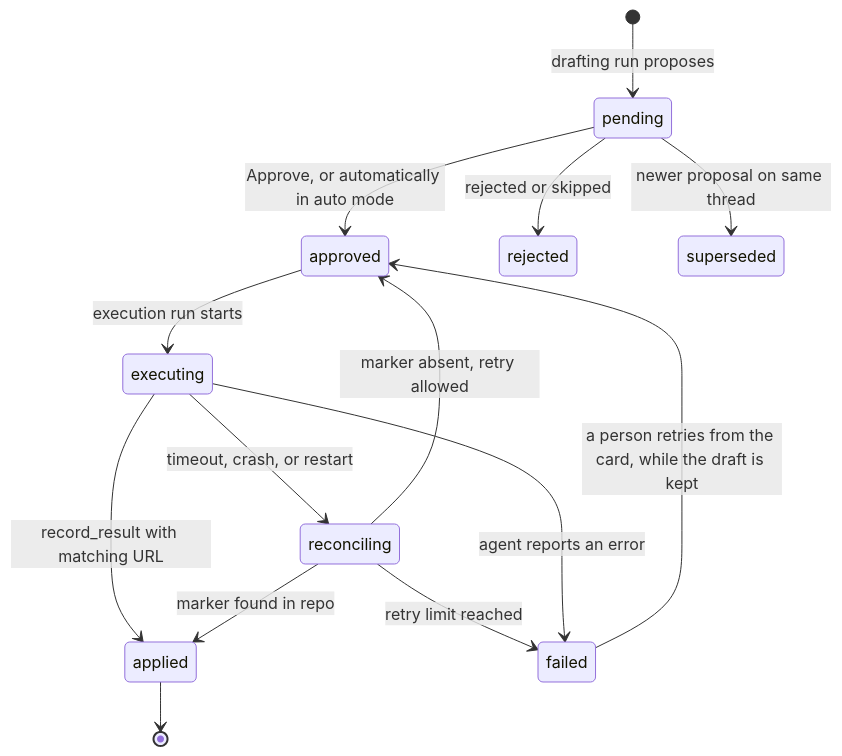
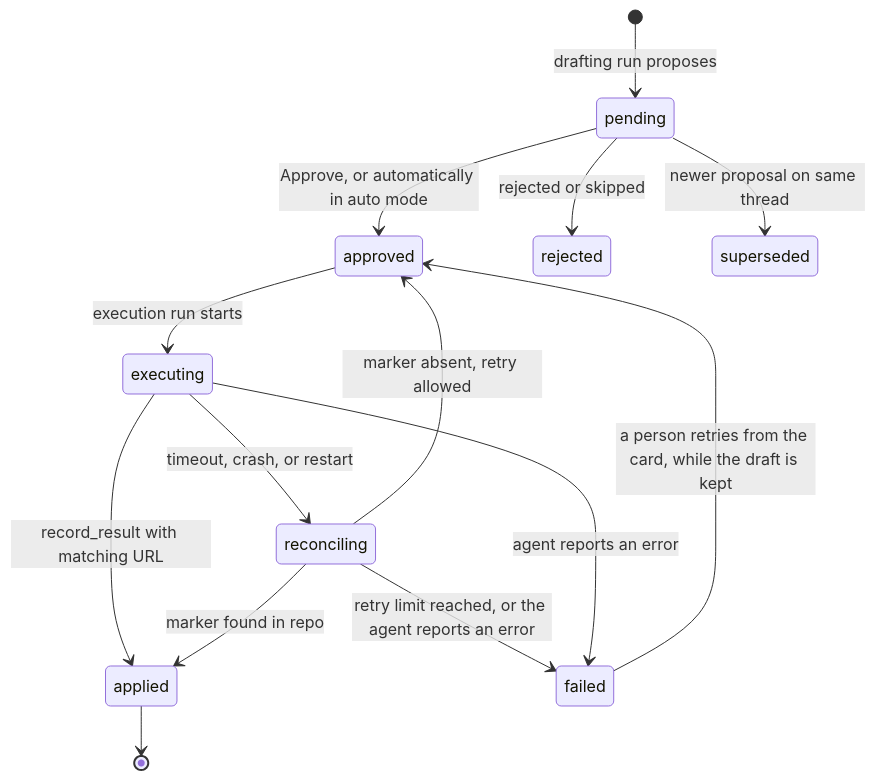
Before and after one commit to Jnkman787/jotflow: the third of 3 diagrams in docs/architecture.md, drawn with Mermaid. The commit also changed other lines of this file and 3 other files, not shown here.

````diff
--- a/docs/architecture.md
+++ b/docs/architecture.md
@@ -262,16 +264,16 @@
 ```mermaid
 stateDiagram-v2
     [*] --> pending: drafting run proposes
     pending --> approved: Approve, or automatically in auto mode
     pending --> rejected: rejected or skipped
     pending --> superseded: newer proposal on same thread
     approved --> executing: execution run starts
     executing --> applied: record_result with matching URL
     executing --> reconciling: timeout, crash, or restart
     reconciling --> applied: marker found in repo
     reconciling --> approved: marker absent, retry allowed
-    reconciling --> failed: retry limit reached
+    reconciling --> failed: retry limit reached, or the agent reports an error
     executing --> failed: agent reports an error
     failed --> approved: a person retries from the card, while the draft is kept
     applied --> [*]
 ```
````
